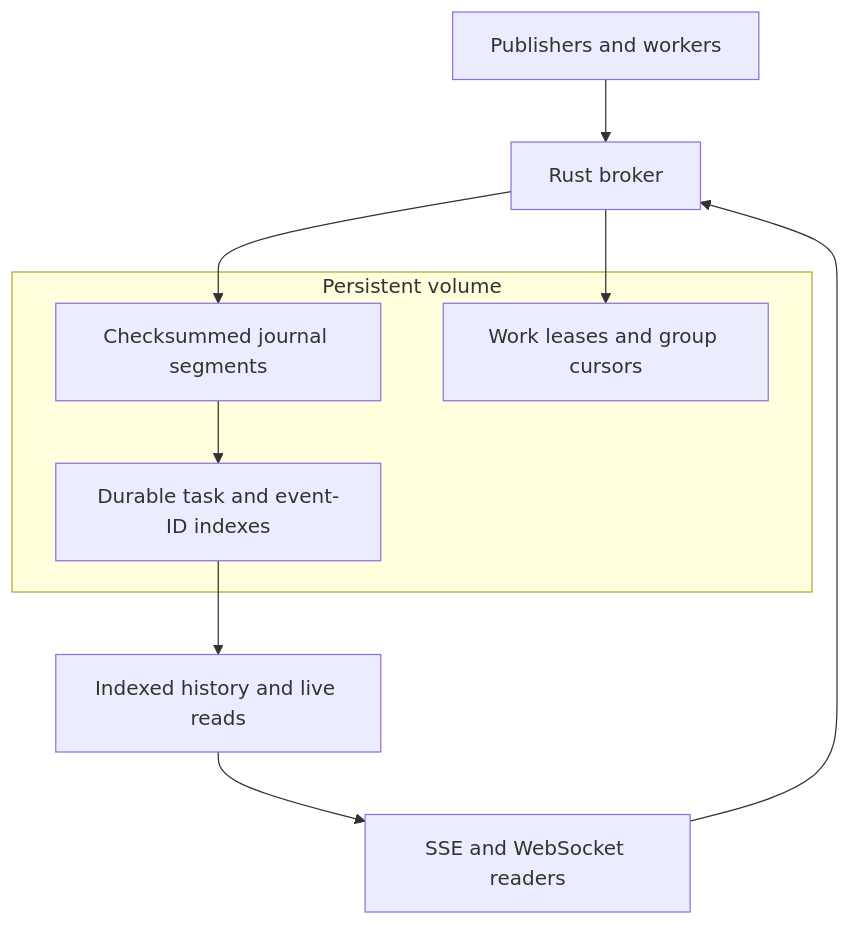
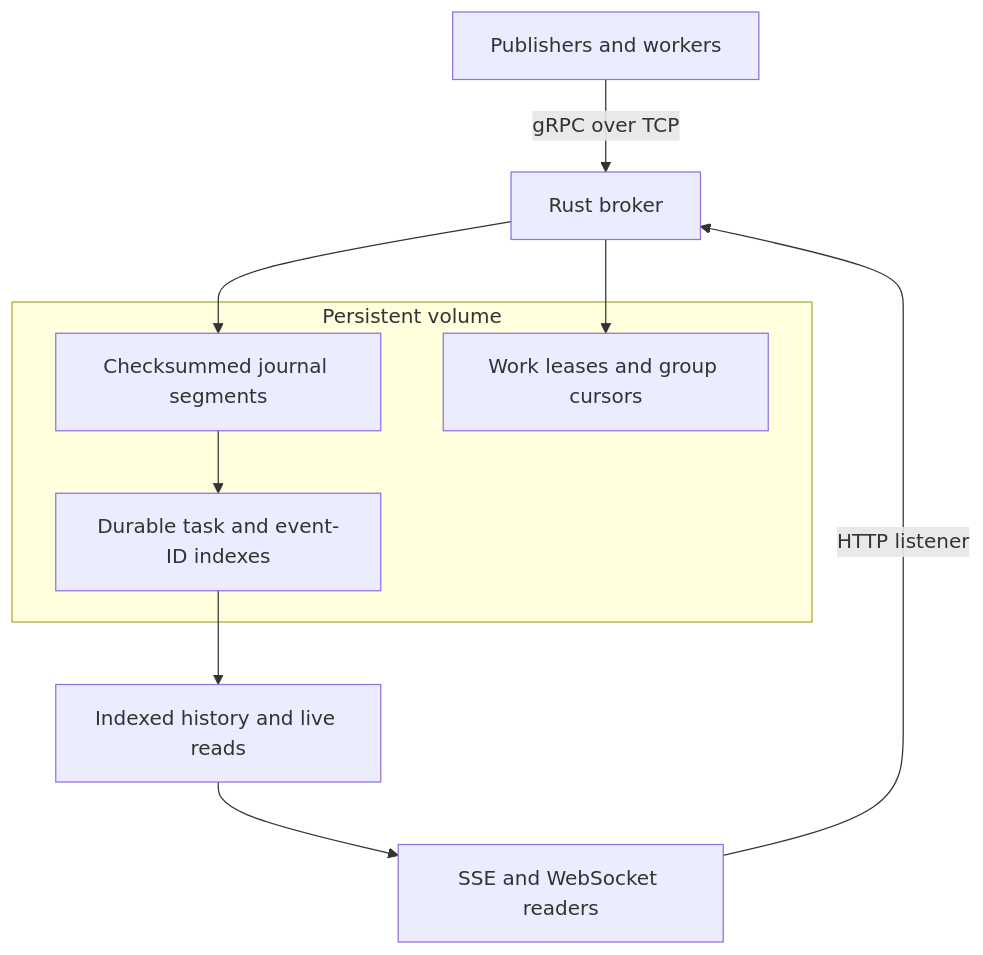
The diagram in docs/design.md (Relayna/relayna-spooltail), drawn with Mermaid before and after one commit. The commit also changed other lines of this file and 45 other files, not shown here.

````diff
--- a/docs/design.md
+++ b/docs/design.md
@@ -9,15 +11,15 @@
 ```mermaid
 flowchart TD
-  P[Publishers and workers] --> B[Rust broker]
-  C[SSE and WebSocket readers] --> B
+  P[Publishers and workers] -->|gRPC over TCP| B[Rust broker]
+  C[SSE and WebSocket readers] -->|HTTP listener| B
   B --> J[Checksummed journal segments]
   J --> I[Durable task and event-ID indexes]
   B --> S[Work leases and group cursors]
   I --> R[Indexed history and live reads]
   R --> C
   subgraph V[Persistent volume]
     J
     I
     S
   end
 ```
````
